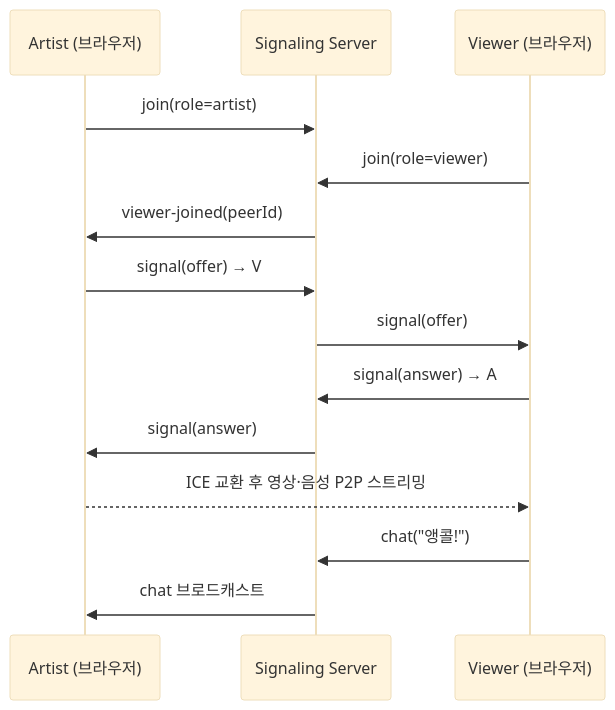
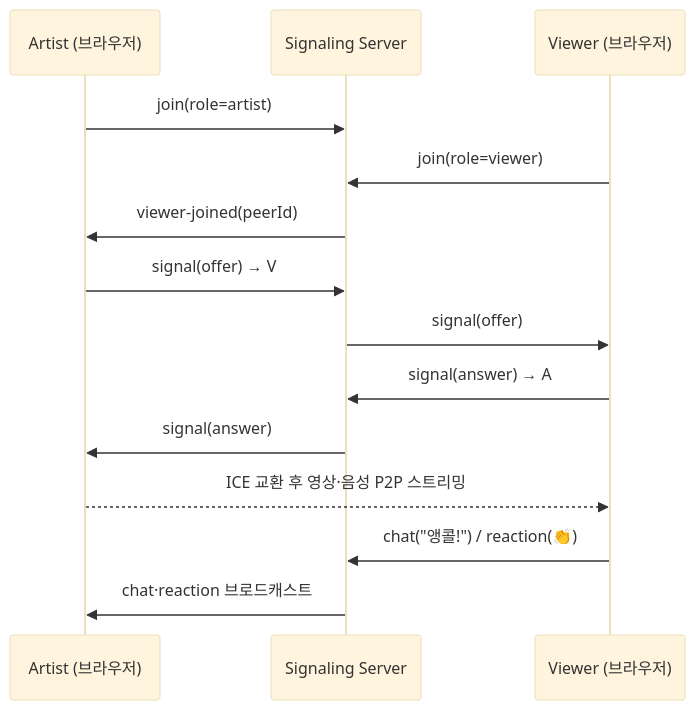
The diagram in rebuild/README.md (Yongwon-Jang/BuskingAgain), drawn with Mermaid (base theme) before and after one commit. The commit also changed other lines of this file, not shown here.

````diff
--- a/rebuild/README.md
+++ b/rebuild/README.md
@@ -34,16 +41,16 @@
 ```mermaid
 sequenceDiagram
     participant A as Artist (브라우저)
     participant S as Signaling Server
     participant V as Viewer (브라우저)
     A->>S: join(role=artist)
     V->>S: join(role=viewer)
     S->>A: viewer-joined(peerId)
     A->>S: signal(offer) → V
     S->>V: signal(offer)
     V->>S: signal(answer) → A
     S->>A: signal(answer)
     A-->>V: ICE 교환 후 영상·음성 P2P 스트리밍
-    V->>S: chat("앵콜!")
-    S->>A: chat 브로드캐스트
+    V->>S: chat("앵콜!") / reaction(👏)
+    S->>A: chat·reaction 브로드캐스트
 ```
````
